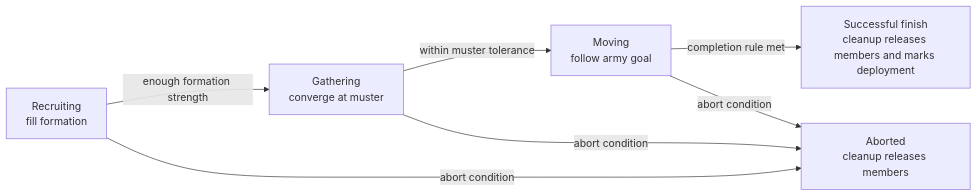
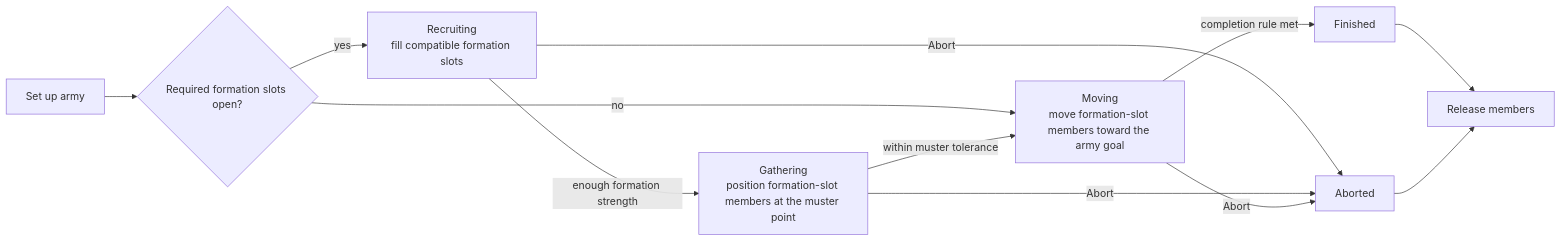
One commit to vox-deorum/vox-deorum changed the second of 2 diagrams in docs/developers/civ5-dll/unit-ai/military-organization.md. Above: the diagram before and after it, drawn with Mermaid. The commit also changed other lines of this file and 14 other files, not shown here.

````diff
--- a/docs/developers/civ5-dll/unit-ai/military-organization.md
+++ b/docs/developers/civ5-dll/unit-ai/military-organization.md
@@ -33,9 +36,14 @@
 ```mermaid
 flowchart LR
-    R[Recruiting<br/>fill formation] -->|enough formation strength| G[Gathering<br/>converge at muster]
-    G -->|within muster tolerance| M[Moving<br/>follow army goal]
-    M -->|completion rule met| S[Successful finish<br/>cleanup releases members and marks deployment]
-    R -->|abort condition| X[Aborted<br/>cleanup releases members]
-    G -->|abort condition| X
-    M -->|abort condition| X
+    S[Set up army] --> Q{Required formation slots open?}
+    Q -->|yes| R[Recruiting<br/>fill compatible formation slots]
+    Q -->|no| M[Moving<br/>move formation-slot members toward the army goal]
+    R -->|enough formation strength| G[Gathering<br/>position formation-slot members at the muster point]
+    G -->|within muster tolerance| M
+    M -->|completion rule met| F[Finished]
+    R -->|Abort| A[Aborted]
+    G -->|Abort| A
+    M -->|Abort| A
+    F --> L[Release members]
+    A --> L
 ```
````
